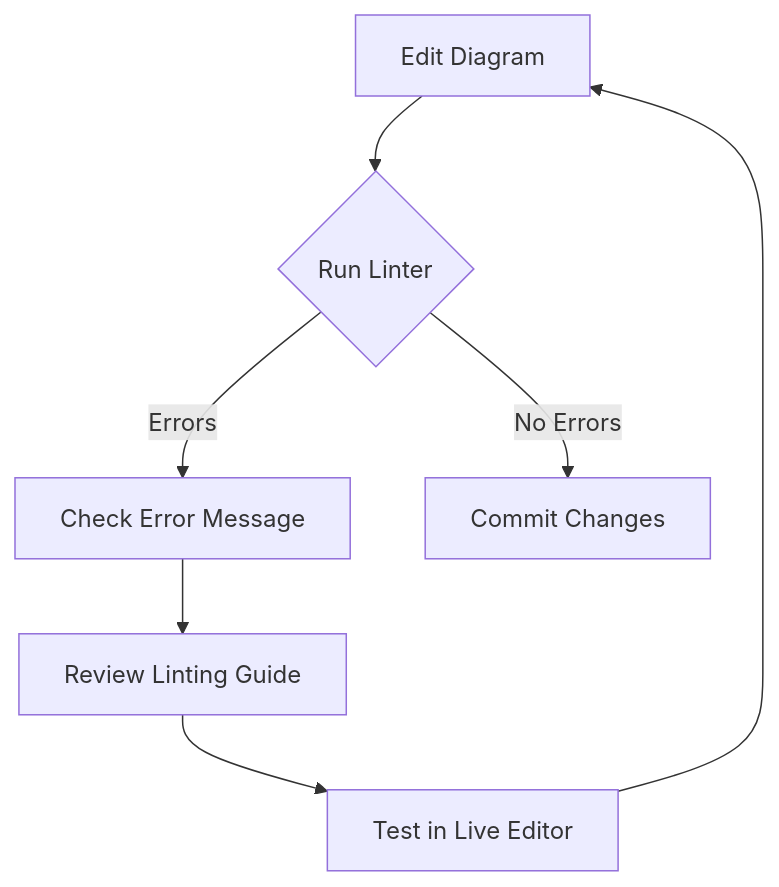
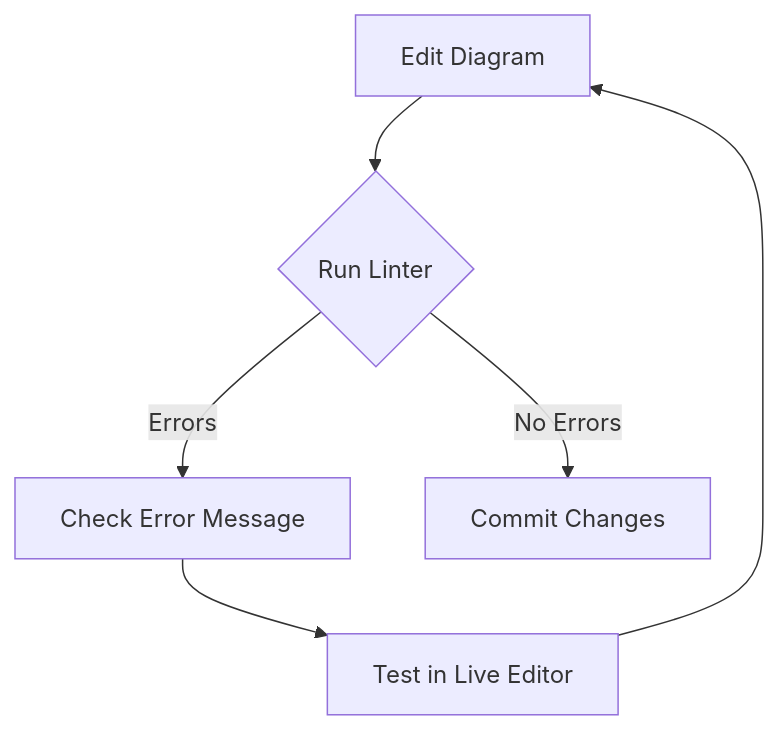
Before and after one commit to hughy603/aws-entityresolution2: the diagram in docs/CONTRIBUTING.md, drawn with Mermaid. The commit also changed other lines of this file and 20 other files, not shown here.

````diff
--- a/docs/CONTRIBUTING.md
+++ b/docs/CONTRIBUTING.md
@@ -45,9 +18,8 @@
 ```mermaid
 flowchart TD
     A[Edit Diagram] --> B{Run Linter}
     B -->|Errors| C[Check Error Message]
-    C --> D[Review Linting Guide]
-    D --> E[Test in Live Editor]
+    C --> E[Test in Live Editor]
     E --> A
     B -->|No Errors| F[Commit Changes]
 ```
````
